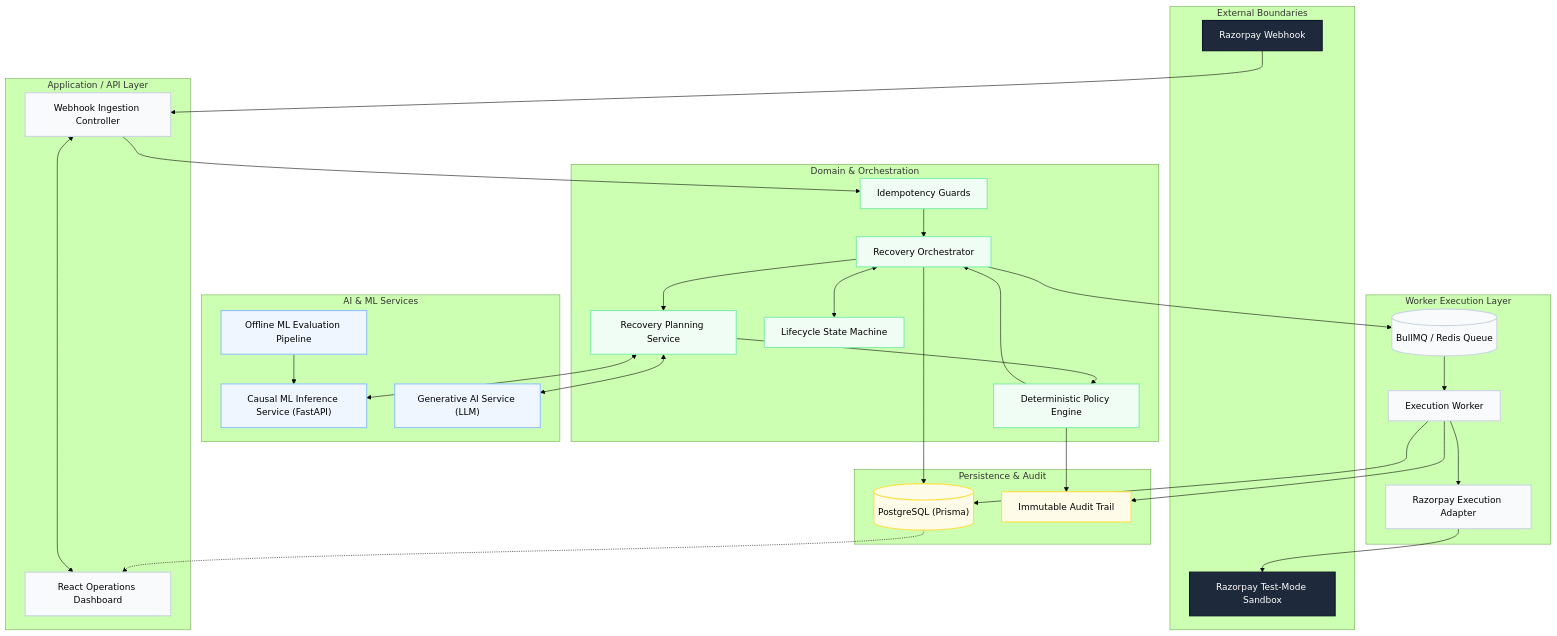
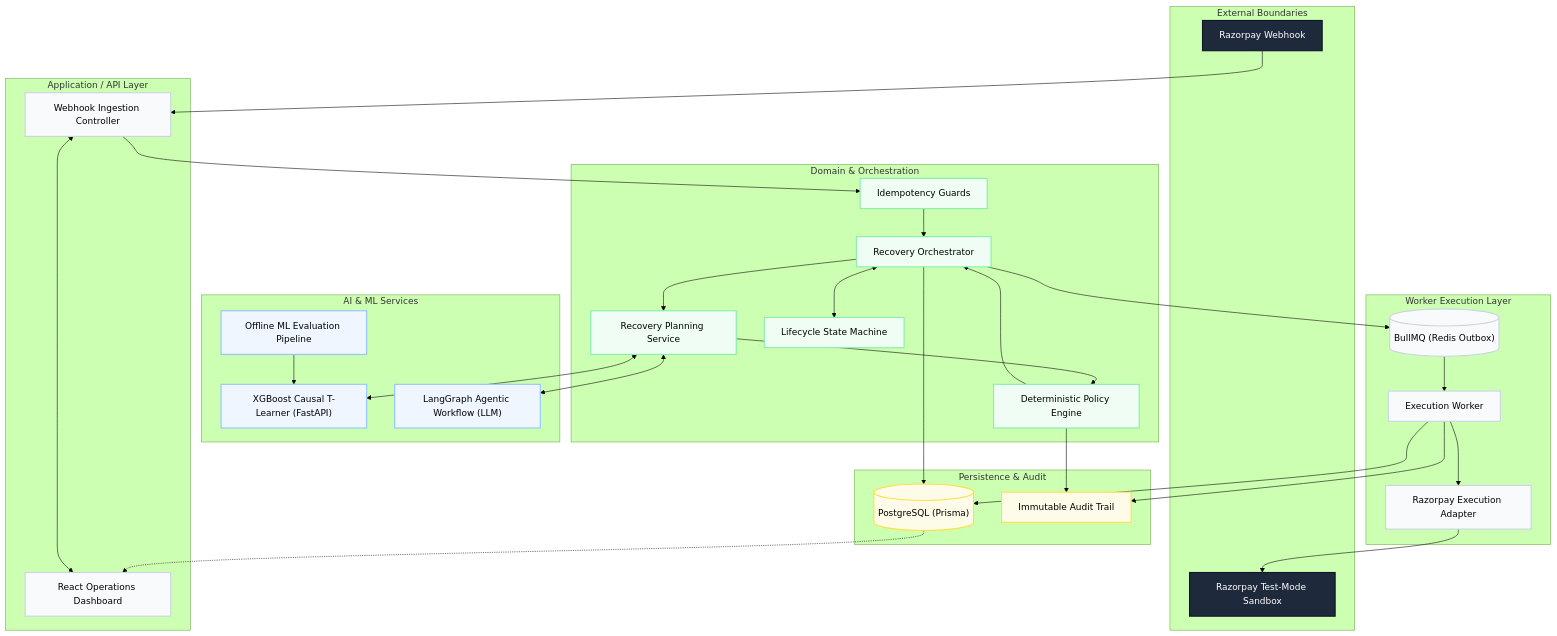
Before and after one commit to Surya-5555/FinTech-AI-05: the first of 5 diagrams in README.md, drawn with Mermaid (forest theme). The commit also changed other lines of this file, not shown here.

Commit message:
docs: update architecture diagrams and add detailed system design documentation for concurrency and state management

````diff
--- a/README.md
+++ b/README.md
@@ -20,79 +20,79 @@
 ```mermaid
 flowchart TB
     %% Definitions
     classDef external fill:#1e293b,stroke:#0f172a,stroke-width:2px,color:#fff
     classDef api fill:#f8fafc,stroke:#cbd5e1,stroke-width:2px,color:#000
     classDef domain fill:#f0fdf4,stroke:#86efac,stroke-width:2px,color:#000
     classDef ai fill:#eff6ff,stroke:#93c5fd,stroke-width:2px,color:#000
     classDef data fill:#fefce8,stroke:#fde047,stroke-width:2px,color:#000
 
     %% Subgraphs
     subgraph EXTERNAL ["External Boundaries"]
         Webhook["Razorpay Webhook"]
         Provider["Razorpay Test-Mode Sandbox"]
     end
     class Webhook,Provider external
 
     subgraph API_LAYER ["Application / API Layer"]
         Ingestion["Webhook Ingestion Controller"]
         DashboardUI["React Operations Dashboard"]
     end
     class Ingestion,DashboardUI api
 
     subgraph DOMAIN_LAYER ["Domain & Orchestration"]
         Orchestrator["Recovery Orchestrator"]
         Idempotency["Idempotency Guards"]
         Planning["Recovery Planning Service"]
         Policy["Deterministic Policy Engine"]
         StateMachine["Lifecycle State Machine"]
     end
     class Orchestrator,Idempotency,Planning,Policy,StateMachine domain
 
     subgraph AI_SERVICES ["AI & ML Services"]
-        ML_FastAPI["Causal ML Inference Service (FastAPI)"]
-        LLM_Client["Generative AI Service (LLM)"]
+        ML_FastAPI["XGBoost Causal T-Learner (FastAPI)"]
+        LLM_Client["LangGraph Agentic Workflow (LLM)"]
         Eval["Offline ML Evaluation Pipeline"]
     end
     class ML_FastAPI,LLM_Client,Eval ai
 
     subgraph EXECUTION_LAYER ["Worker Execution Layer"]
-        BullMQ[("BullMQ / Redis Queue")]
+        BullMQ[("BullMQ (Redis Outbox)")]
         Worker["Execution Worker"]
         Adapter["Razorpay Execution Adapter"]
     end
     class BullMQ,Worker,Adapter api
 
     subgraph PERSISTENCE ["Persistence & Audit"]
         Postgres[("PostgreSQL (Prisma)")]
         AuditLog["Immutable Audit Trail"]
     end
     class Postgres,AuditLog data
 
     %% Connections
     Webhook --> Ingestion
     Ingestion --> Idempotency
     Idempotency --> Orchestrator
     
     Orchestrator <--> StateMachine
     Orchestrator --> Planning
 
     Planning <--> ML_FastAPI
     Planning <--> LLM_Client
     
     Planning --> Policy
     Policy --> Orchestrator
     
     Orchestrator --> BullMQ
     BullMQ --> Worker
     Worker --> Adapter
     Adapter --> Provider
     
     Orchestrator --> Postgres
     Worker --> Postgres
     Policy --> AuditLog
     Worker --> AuditLog
     
     Eval --> ML_FastAPI
     DashboardUI <--> Ingestion
     Postgres -.-> DashboardUI
 ```
````
